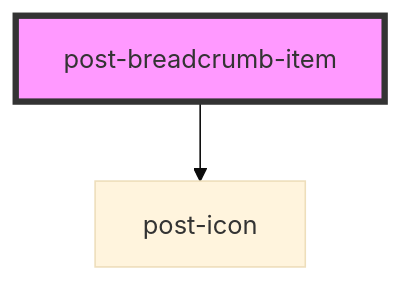
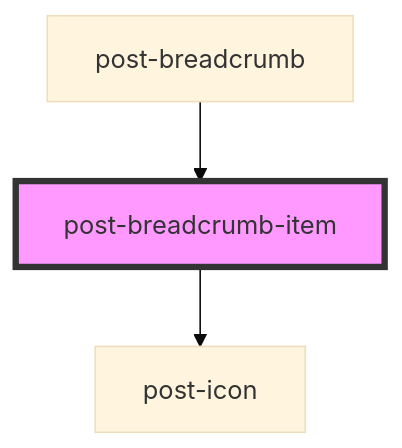
Before and after one commit to swisspost/design-system: the diagram in packages/components/src/components/post-breadcrumb-item/readme.md, drawn with Mermaid (base theme). The commit also changed other lines of this file and 4 other files, not shown here.

````diff
--- a/packages/components/src/components/post-breadcrumb-item/readme.md
+++ b/packages/components/src/components/post-breadcrumb-item/readme.md
@@ -29,5 +33,6 @@
 ```mermaid
 graph TD;
   post-breadcrumb-item --> post-icon
+  post-breadcrumb --> post-breadcrumb-item
   style post-breadcrumb-item fill:#f9f,stroke:#333,stroke-width:4px
 ```
````
